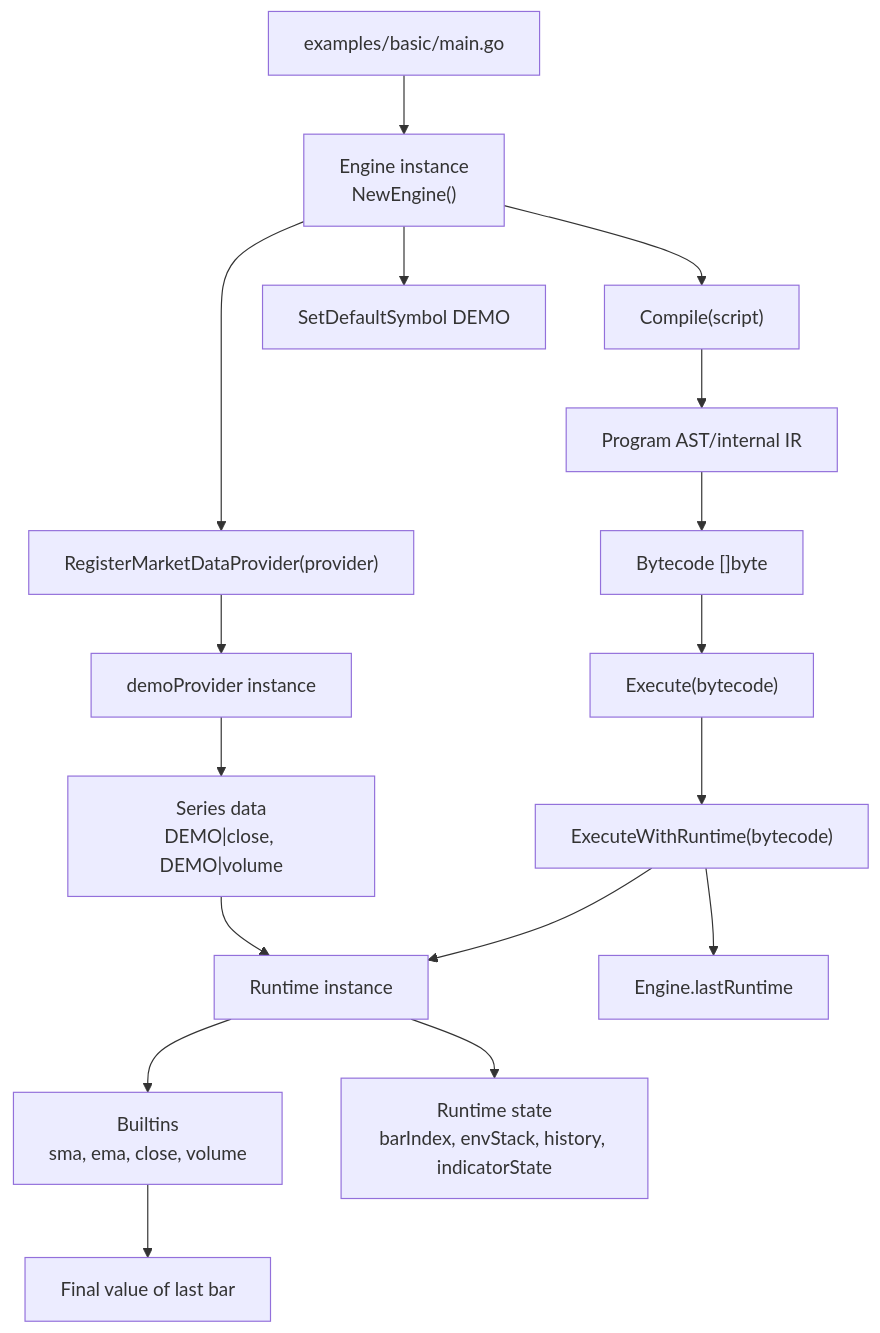
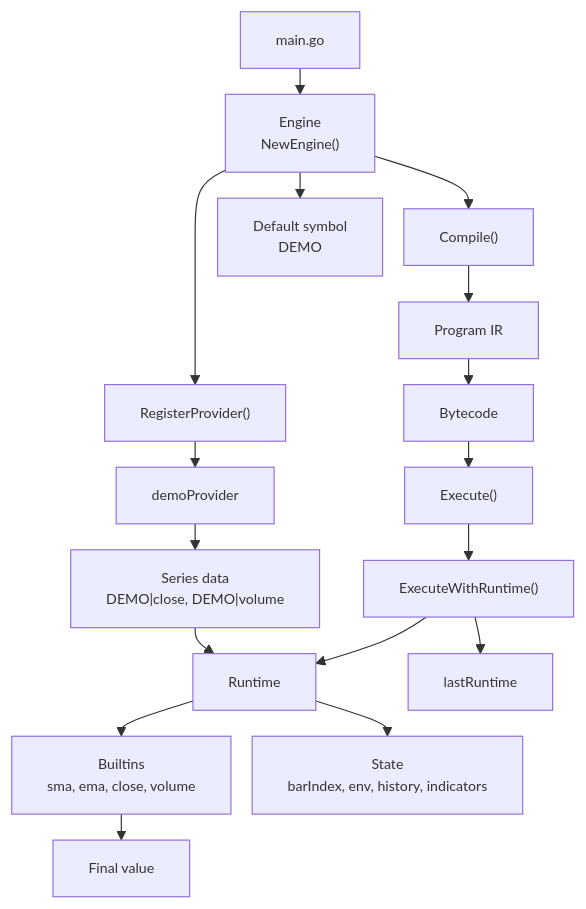
Before and after one commit to woodstock-tokyo/pinescription: the first of 2 diagrams in README.md, drawn with Mermaid. The commit also changed other lines of this file, not shown here.

````diff
--- a/README.md
+++ b/README.md
@@ -208,19 +208,20 @@
 ```mermaid
+%%{init: {"themeVariables": {"fontSize": "12px"}, "flowchart": {"nodeSpacing": 18, "rankSpacing": 22, "diagramPadding": 4}} }%%
 flowchart TD
-	A["examples/basic/main.go"] --> B["Engine instance<br/>NewEngine()"]
-	B --> C["RegisterMarketDataProvider(provider)"]
-	C --> D["demoProvider instance"]
-	B --> E["SetDefaultSymbol DEMO"]
-	B --> F["Compile(script)"]
-	F --> G["Program AST/internal IR"]
-	G --> H["Bytecode []byte"]
-	H --> I["Execute(bytecode)"]
-	I --> J["ExecuteWithRuntime(bytecode)"]
-	J --> K["Runtime instance"]
+	A["main.go"] --> B["Engine<br/>NewEngine()"]
+	B --> C["RegisterProvider()"]
+	C --> D["demoProvider"]
+	B --> E["Default symbol<br/>DEMO"]
+	B --> F["Compile()"]
+	F --> G["Program IR"]
+	G --> H["Bytecode"]
+	H --> I["Execute()"]
+	I --> J["ExecuteWithRuntime()"]
+	J --> K["Runtime"]
 	D --> L["Series data<br/>DEMO|close, DEMO|volume"]
 	L --> K
 	K --> M["Builtins<br/>sma, ema, close, volume"]
-	M --> N["Final value of last bar"]
-	K --> O["Runtime state<br/>barIndex, envStack, history, indicatorState"]
-	J --> P["Engine.lastRuntime"]
+	M --> N["Final value"]
+	K --> O["State<br/>barIndex, env, history, indicators"]
+	J --> P["lastRuntime"]
 ```
````
